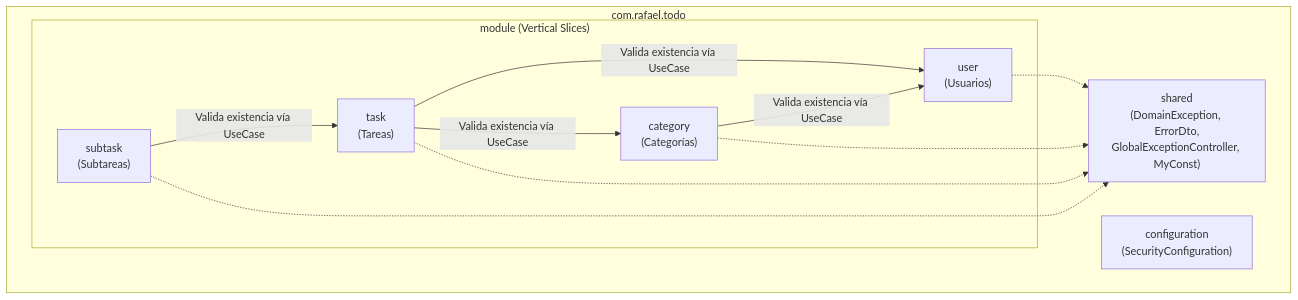
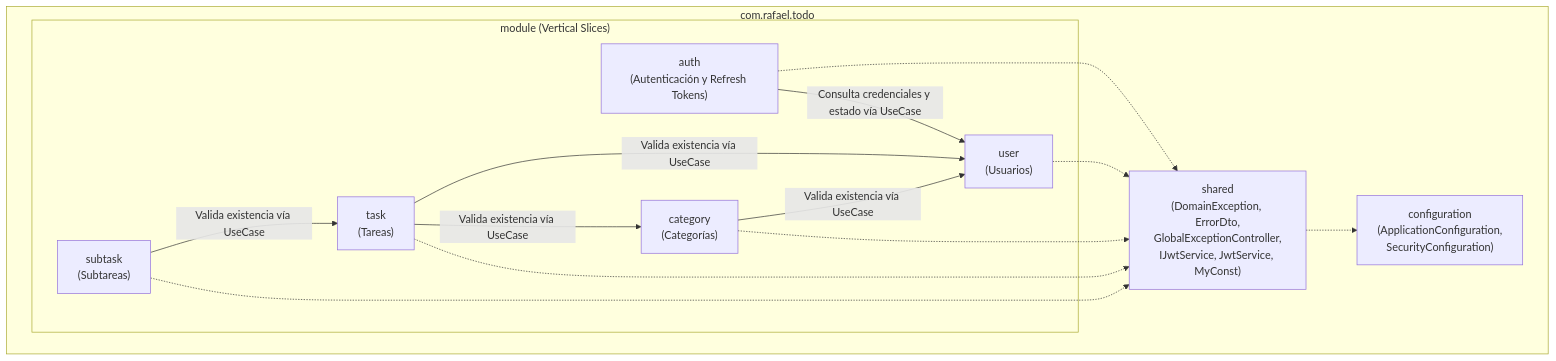
The first of 2 diagrams in doc/architecture.md (rafael20044/todo-back-modular), drawn with Mermaid before and after one commit. The commit also changed other lines of this file and 5 other files, not shown here.

````diff
--- a/doc/architecture.md
+++ b/doc/architecture.md
@@ -11,24 +11,28 @@
 ```mermaid
 flowchart TD
     subgraph App["com.rafael.todo"]
-        Config["configuration\n(SecurityConfiguration)"]
-        Shared["shared\n(DomainException, ErrorDto,\nGlobalExceptionController, MyConst)"]
+        Config["configuration\n(ApplicationConfiguration,\nSecurityConfiguration)"]
+        Shared["shared\n(DomainException, ErrorDto,\nGlobalExceptionController,\nIJwtService, JwtService, MyConst)"]
         
         subgraph Modules["module (Vertical Slices)"]
+            Auth["auth\n(Autenticación y Refresh Tokens)"]
             User["user\n(Usuarios)"]
             Category["category\n(Categorías)"]
             Task["task\n(Tareas)"]
             Subtask["subtask\n(Subtareas)"]
         end
     end
 
+    Auth -->|Consulta credenciales y estado vía UseCase| User
     Subtask -->|Valida existencia vía UseCase| Task
     Task -->|Valida existencia vía UseCase| User
     Task -->|Valida existencia vía UseCase| Category
     Category -->|Valida existencia vía UseCase| User
 
+    Auth -.-> Shared
     User -.-> Shared
     Category -.-> Shared
     Task -.-> Shared
     Subtask -.-> Shared
+    Shared -.-> Config
 ```
````
